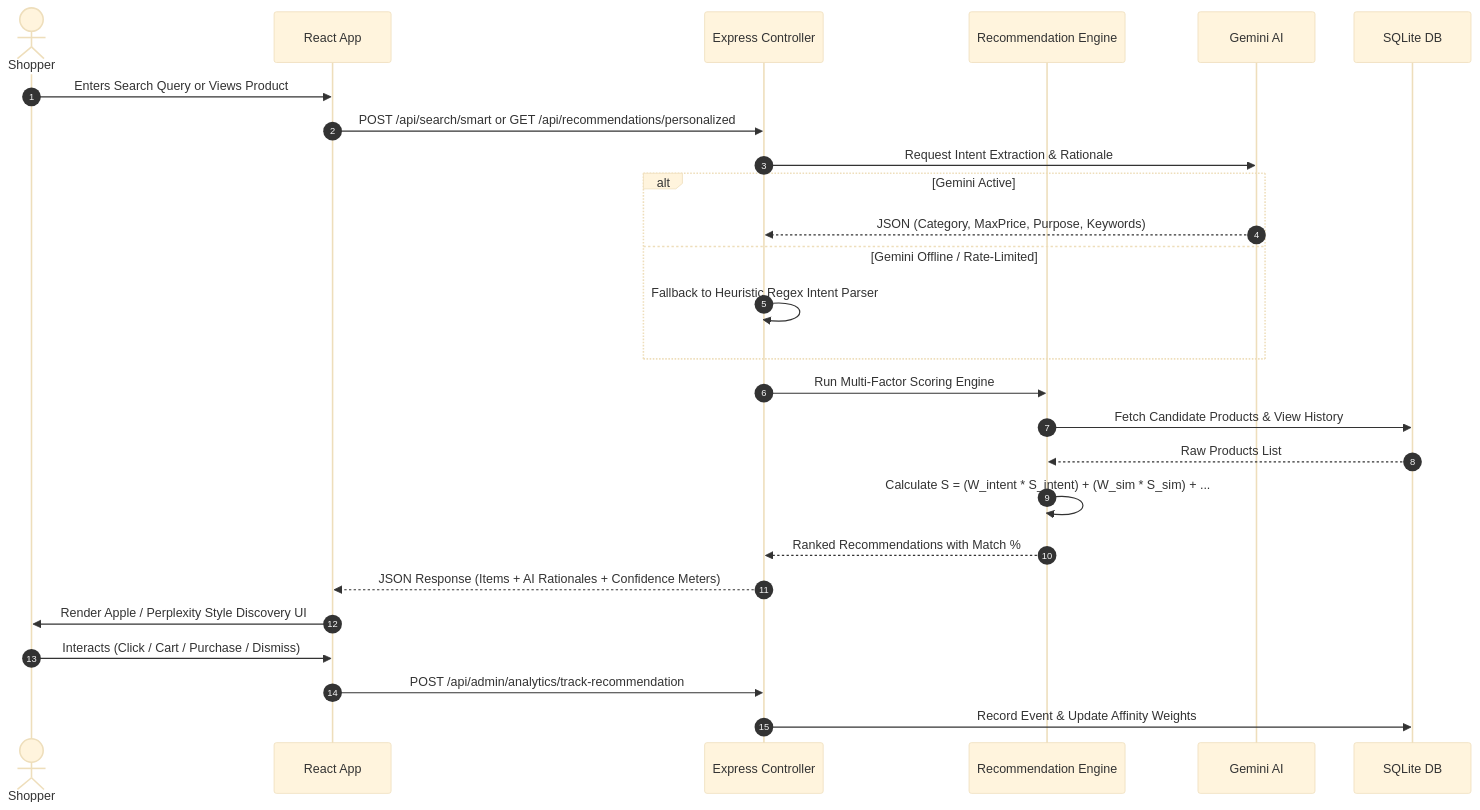
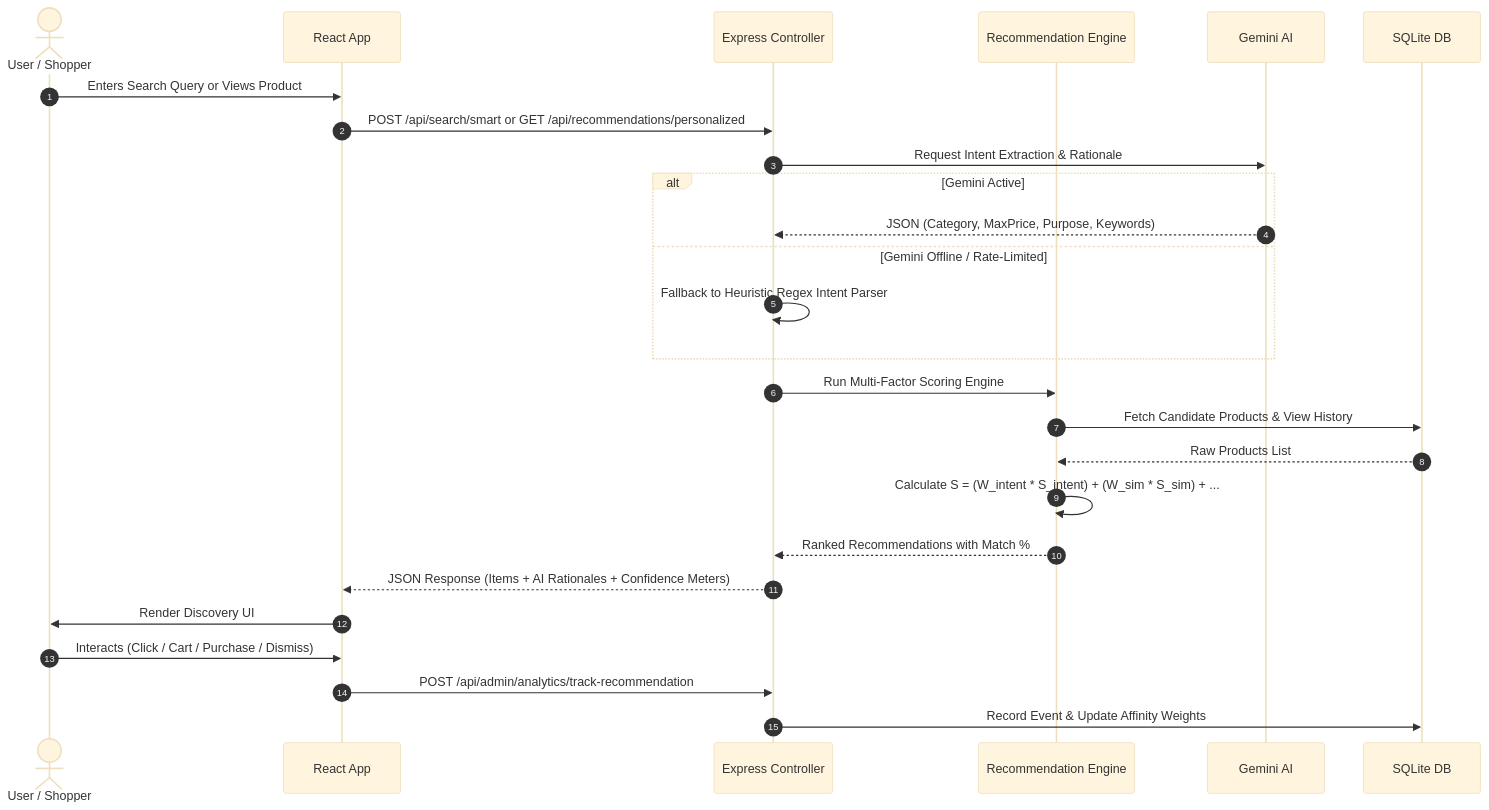
The second of 2 diagrams in README.md (NagarjunMallavarpu/Discovery-engine-ai), drawn with Mermaid (base theme) before and after one commit. The commit also changed other lines of this file and 7 other files, not shown here.

````diff
--- a/README.md
+++ b/README.md
@@ -67,29 +71,29 @@
 ```mermaid
 sequenceDiagram
     autonumber
-    actor Shopper
+    actor Shopper as User / Shopper
     participant Client as React App
     participant API as Express Controller
     participant Engine as Recommendation Engine
     participant Gemini as Gemini AI
     participant DB as SQLite DB
 
     Shopper->>Client: Enters Search Query or Views Product
     Client->>API: POST /api/search/smart or GET /api/recommendations/personalized
     API->>Gemini: Request Intent Extraction & Rationale
     alt Gemini Active
         Gemini-->>API: JSON (Category, MaxPrice, Purpose, Keywords)
     else Gemini Offline / Rate-Limited
         API->>API: Fallback to Heuristic Regex Intent Parser
     end
     API->>Engine: Run Multi-Factor Scoring Engine
     Engine->>DB: Fetch Candidate Products & View History
     DB-->>Engine: Raw Products List
     Engine->>Engine: Calculate S = (W_intent * S_intent) + (W_sim * S_sim) + ...
     Engine-->>API: Ranked Recommendations with Match %
     API-->>Client: JSON Response (Items + AI Rationales + Confidence Meters)
-    Client->>Shopper: Render Apple / Perplexity Style Discovery UI
+    Client->>Shopper: Render Discovery UI
     Shopper->>Client: Interacts (Click / Cart / Purchase / Dismiss)
     Client->>API: POST /api/admin/analytics/track-recommendation
     API->>DB: Record Event & Update Affinity Weights
 ```
````
